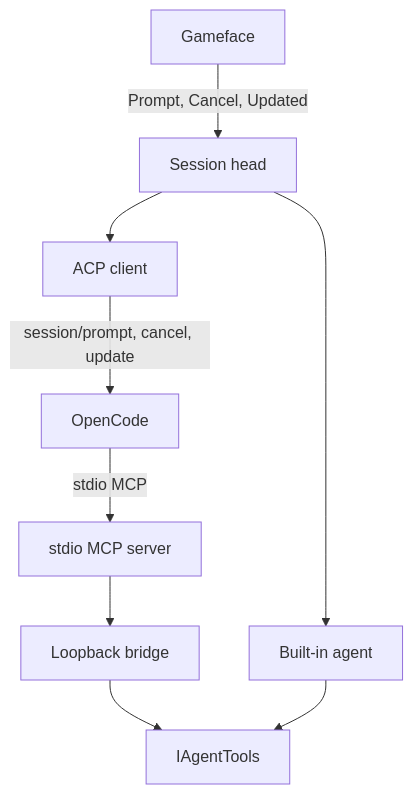
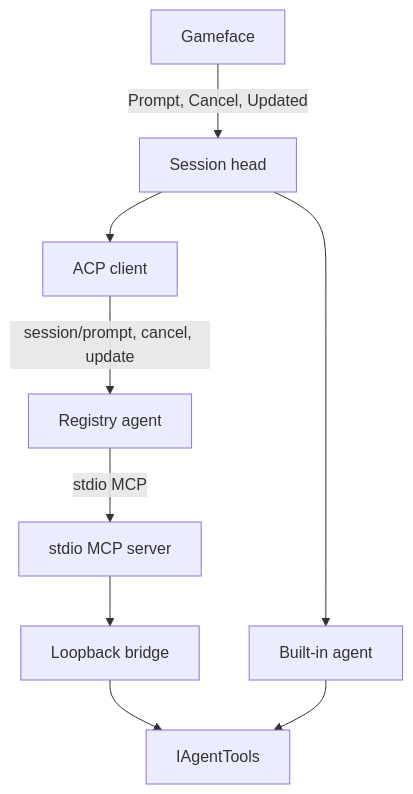
Before and after one commit to proj-airi/airimayor: the diagram in README.md, drawn with Mermaid. The commit also changed other lines of this file and 16 other files, not shown here.

````diff
--- a/README.md
+++ b/README.md
@@ -21,19 +21,19 @@
 ```mermaid
 flowchart TD
   ui[Gameface]
   head[Session head]
   builtin["Built-in agent"]
   acp[ACP client]
-  agent[OpenCode]
+  agent[Registry agent]
   mcp["stdio MCP server"]
   bridge[Loopback bridge]
   tools[IAgentTools]
   ui -->|"Prompt, Cancel, Updated"| head
   head --> builtin
   head --> acp
   acp -->|"session/prompt, cancel, update"| agent
   agent -->|"stdio MCP"| mcp
   mcp --> bridge
   bridge --> tools
   builtin --> tools
 ```
````
